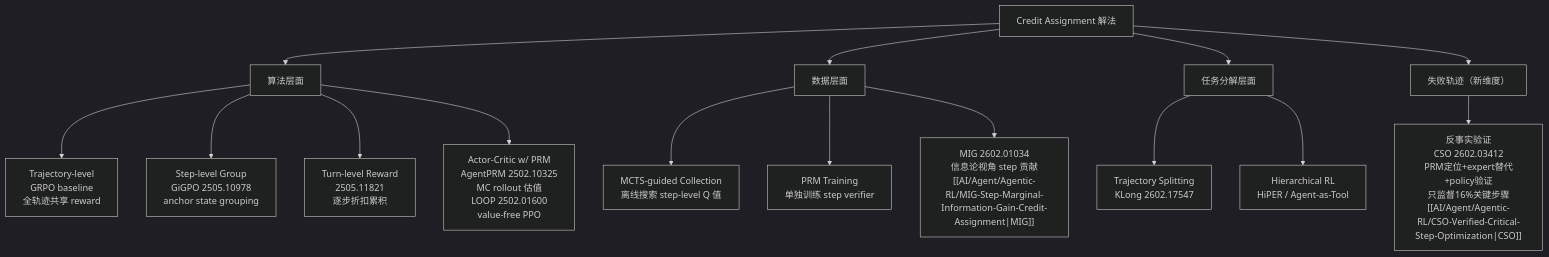
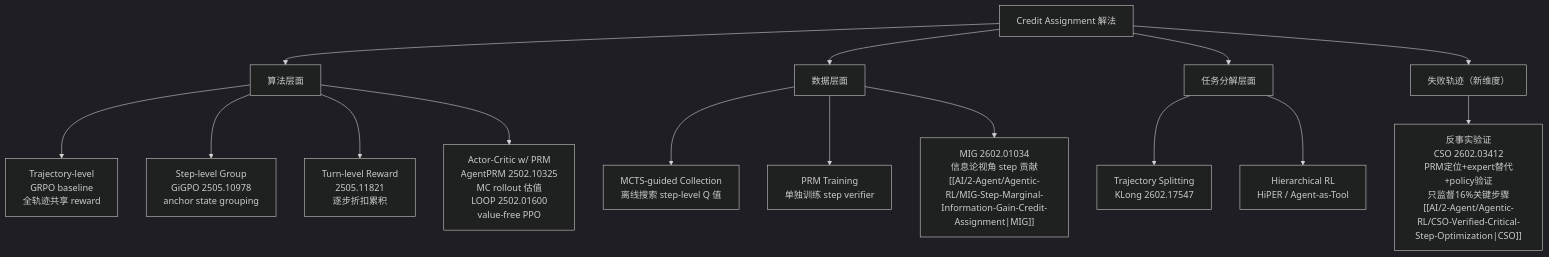
One commit to zhangjunmengyang/morpheus-vault changed the second of 5 diagrams in AI/2-Agent/Agentic-RL/Long-Horizon-Credit-Assignment专题.md. Above: the diagram before and after it, drawn with Mermaid (dark theme). The commit also changed other lines of this file and 178 other files, not shown here.

````diff
--- a/AI/2-Agent/Agentic-RL/Long-Horizon-Credit-Assignment专题.md
+++ b/AI/2-Agent/Agentic-RL/Long-Horizon-Credit-Assignment专题.md
@@ -76,21 +76,21 @@
 ```mermaid
 graph TD
     A[Credit Assignment 解法] --> B[算法层面]
     A --> C[数据层面]
     A --> D[任务分解层面]
 
     B --> B1["Trajectory-level\nGRPO baseline\n全轨迹共享 reward"]
     B --> B2["Step-level Group\nGiGPO 2505.10978\nanchor state grouping"]
     B --> B3["Turn-level Reward\n2505.11821\n逐步折扣累积"]
     B --> B4["Actor-Critic w/ PRM\nAgentPRM 2502.10325\nMC rollout 估值\nLOOP 2502.01600\nvalue-free PPO"]
 
     C --> C1["MCTS-guided Collection\n离线搜索 step-level Q 值"]
     C --> C2["PRM Training\n单独训练 step verifier"]
-    C --> C3["MIG 2602.01034\n信息论视角 step 贡献\n[[AI/Agent/Agentic-RL/MIG-Step-Marginal-Information-Gain-Credit-Assignment|MIG]]"]
+    C --> C3["MIG 2602.01034\n信息论视角 step 贡献\n[[AI/2-Agent/Agentic-RL/MIG-Step-Marginal-Information-Gain-Credit-Assignment|MIG]]"]
 
     D --> D1["Trajectory Splitting\nKLong 2602.17547"]
     D --> D2["Hierarchical RL\nHiPER / Agent-as-Tool"]
 
     A --> E[失败轨迹（新维度）]
-    E --> E1["反事实验证\nCSO 2602.03412\nPRM定位+expert替代+policy验证\n只监督16%关键步骤\n[[AI/Agent/Agentic-RL/CSO-Verified-Critical-Step-Optimization|CSO]]"]
+    E --> E1["反事实验证\nCSO 2602.03412\nPRM定位+expert替代+policy验证\n只监督16%关键步骤\n[[AI/2-Agent/Agentic-RL/CSO-Verified-Critical-Step-Optimization|CSO]]"]
 ```
````
